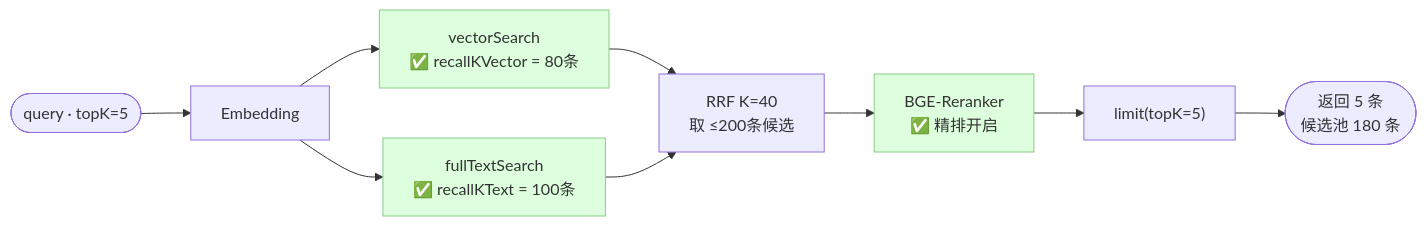
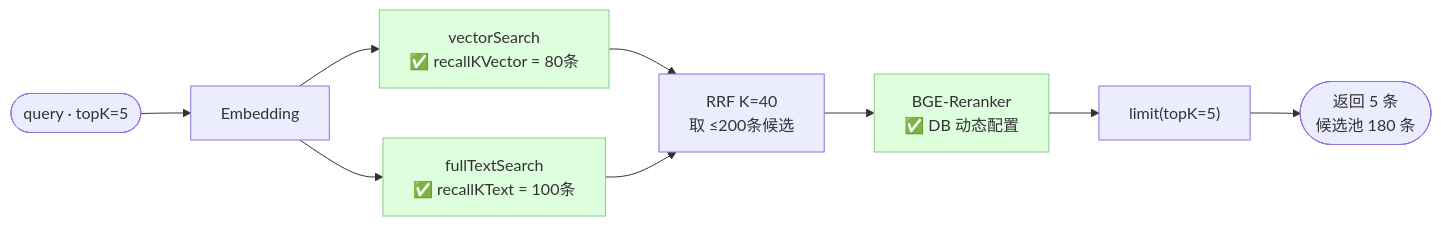
Before and after one commit to lycodeing/aria-server: the third of 7 diagrams in docs/hybrid-search-redesign.md, drawn with Mermaid. The commit also changed other lines of this file, not shown here.

First line of the commit message:
docs(reranker): 同步技术文档与实现代码对齐

````diff
--- a/docs/hybrid-search-redesign.md
+++ b/docs/hybrid-search-redesign.md
@@ -407,15 +429,15 @@
 ```mermaid
 flowchart LR
     Q(["query · topK=5"]) --> E[Embedding]
     E --> V["vectorSearch\n✅ recallKVector = 80条"]
     E --> T["fullTextSearch\n✅ recallKText = 100条"]
     V --> R["RRF K=40\n取 ≤200条候选"]
     T --> R
-    R --> RK["BGE-Reranker\n✅ 精排开启"]
+    R --> RK["BGE-Reranker\n✅ DB 动态配置"]
     RK --> LM["limit(topK=5)"]
     LM --> O(["返回 5 条\n候选池 180 条"])
 
     style V fill:#dfd,stroke:#8c8
     style T fill:#dfd,stroke:#8c8
     style RK fill:#dfd,stroke:#8c8
 ```
````
